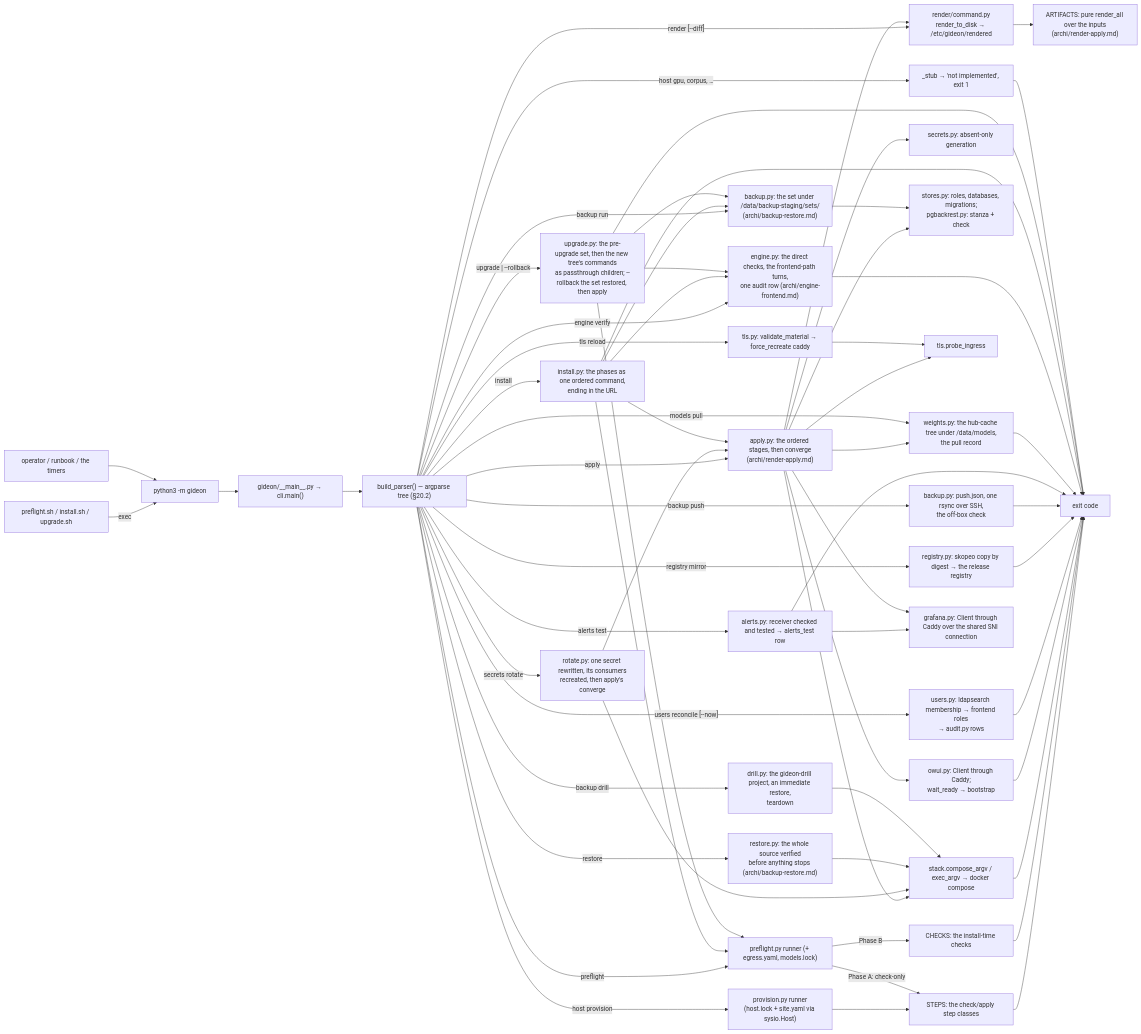
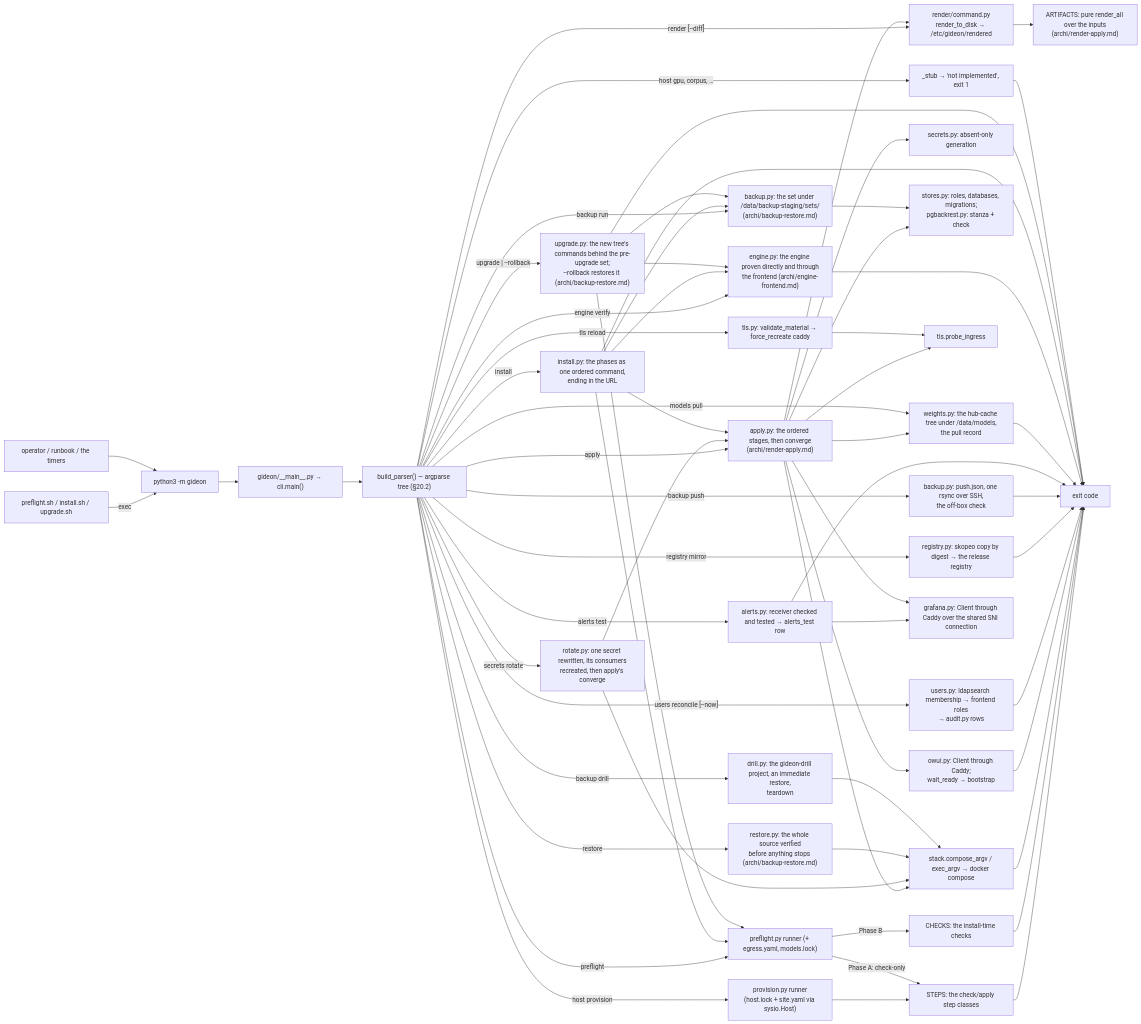
One commit to TNMD-FDO/GIDEON changed the diagram in docs/ARCHI.md. Above: the diagram before and after it, drawn with Mermaid. The commit also changed other lines of this file and 38 other files, not shown here.

````diff
--- a/docs/ARCHI.md
+++ b/docs/ARCHI.md
@@ -202,52 +204,52 @@
 ```mermaid
 flowchart LR
     A["preflight.sh / install.sh / upgrade.sh"] -->|exec| B["python3 -m gideon"]
     C["operator / runbook / the timers"] --> B
     B --> D["gideon/__main__.py → cli.main()"]
     D --> E["build_parser() — argparse tree (§20.2)"]
     E -->|"host provision"| F["provision.py runner<br/>(host.lock + site.yaml via sysio.Host)"]
     F --> I["STEPS: the check/apply step classes"]
     E -->|"preflight"| K["preflight.py runner (+ egress.yaml, models.lock)"]
     K -->|"Phase A: check-only"| I
     K -->|"Phase B"| L["CHECKS: the install-time checks"]
     E -->|"render [--diff]"| R["render/command.py<br/>render_to_disk → /etc/gideon/rendered"]
     R --> RA["ARTIFACTS: pure render_all over the inputs<br/>(archi/render-apply.md)"]
     E -->|"apply"| AP["apply.py: the ordered stages, then converge<br/>(archi/render-apply.md)"]
     AP --> SE["secrets.py: absent-only generation"]
     AP --> R
     AP --> ST["stack.compose_argv / exec_argv → docker compose"]
     AP --> SO["stores.py: roles, databases, migrations;<br/>pgbackrest.py: stanza + check"]
     AP --> OW["owui.py: Client through Caddy;<br/>wait_ready → bootstrap"]
     AP --> TP["tls.probe_ingress"]
     AP --> W["weights.py: the hub-cache tree under /data/models,<br/>the pull record"]
     E -->|"models pull"| W
     E -->|"secrets rotate <name>"| RO["rotate.py: one secret rewritten, its consumers<br/>recreated, then apply's converge"]
     RO --> ST
     RO --> AP
-    E -->|"engine verify"| EV["engine.py: the direct checks, the frontend-path turns,<br/>one audit row (archi/engine-frontend.md)"]
+    E -->|"engine verify"| EV["engine.py: the engine proven directly and through<br/>the frontend (archi/engine-frontend.md)"]
     E -->|"tls reload"| T["tls.py: validate_material → force_recreate caddy"]
     T --> TP
     E -->|"registry mirror"| M["registry.py: skopeo copy by digest → the release registry"]
     E -->|"users reconcile [--now]"| U["users.py: ldapsearch membership → frontend roles<br/>→ audit.py rows"]
     E -->|"backup run"| BR["backup.py: the set under /data/backup-staging/sets/<br/>(archi/backup-restore.md)"]
     E -->|"backup push"| BP["backup.py: push.json, one rsync over SSH,<br/>the off-box check"]
     E -->|"restore"| RS["restore.py: the whole source verified<br/>before anything stops (archi/backup-restore.md)"]
     E -->|"backup drill"| DR["drill.py: the gideon-drill project, an immediate restore,<br/>teardown"]
     E -->|"alerts test"| AL["alerts.py: receiver checked and tested → alerts_test row"]
     AL --> GR["grafana.py: Client through Caddy over the shared SNI connection"]
     AP --> GR
     BR --> SO
     RS --> ST
     DR --> ST
     E -->|"install"| IN["install.py: the phases as one ordered command,<br/>ending in the URL"]
-    E -->|"upgrade <tag> | --rollback"| UP["upgrade.py: the pre-upgrade set, then the new tree's commands<br/>as passthrough children; --rollback the set restored, then apply"]
+    E -->|"upgrade <tag> | --rollback"| UP["upgrade.py: the new tree's commands behind the pre-upgrade set;<br/>--rollback restores it (archi/backup-restore.md)"]
     IN --> K
     IN --> AP
     IN --> BR
     IN --> EV
     UP --> K
     UP --> BR
     UP --> EV
     E -->|"host gpu, corpus, …"| G["_stub → 'not implemented', exit 1"]
     I & L & ST & OW & U & M & BP & AL & W & EV & IN & UP & G --> H["exit code"]
 ```
````
